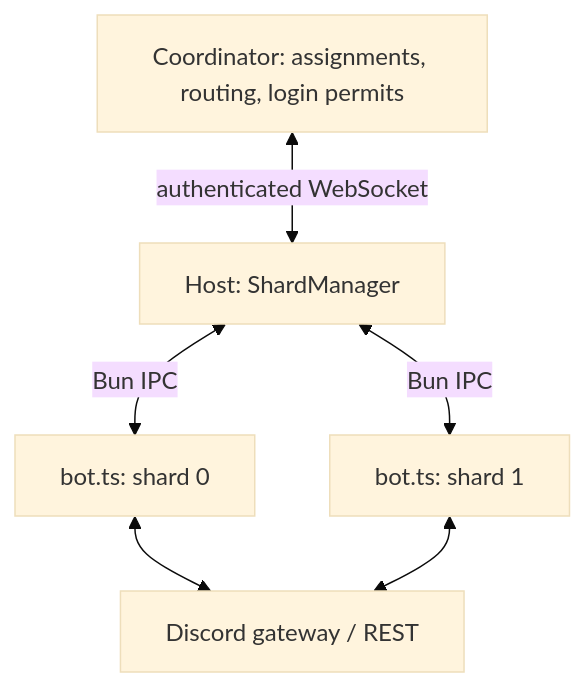
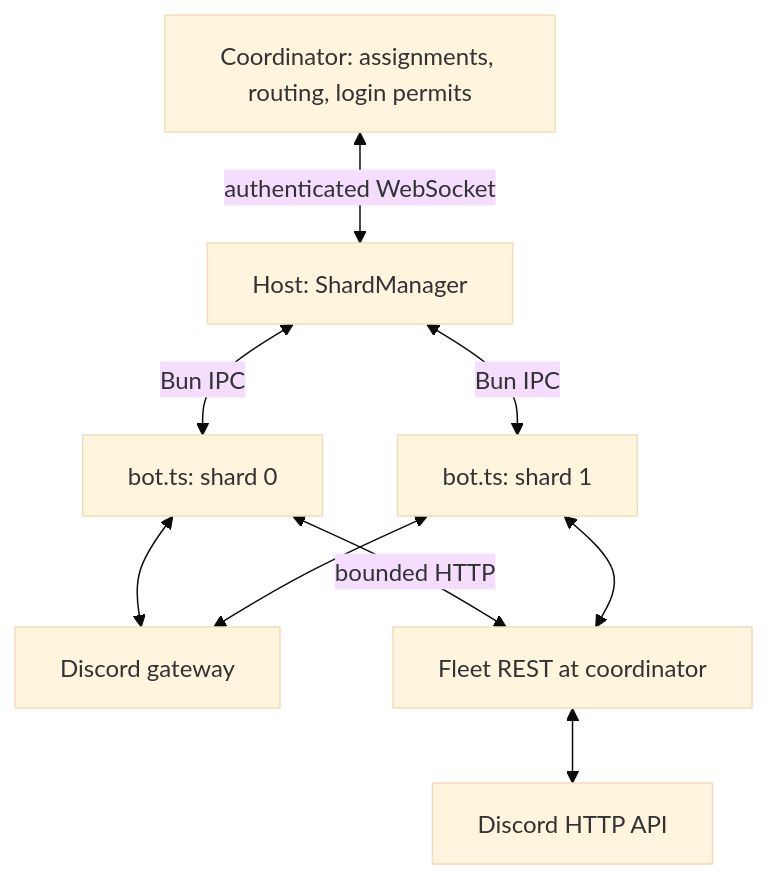
One commit to lilsnibbi/Virello changed the diagram in docs/sharding.md. Above: the diagram before and after it, drawn with Mermaid (base theme). The commit also changed other lines of this file and 56 other files, not shown here.

````diff
--- a/docs/sharding.md
+++ b/docs/sharding.md
@@ -7,9 +7,12 @@
 ```mermaid
 flowchart TD
     C["Coordinator: assignments, routing, login permits"]
     C <-->|authenticated WebSocket| H["Host: ShardManager"]
     H <-->|Bun IPC| S0["bot.ts: shard 0"]
     H <-->|Bun IPC| S1["bot.ts: shard 1"]
-    S0 <--> D["Discord gateway / REST"]
+    S0 <--> D["Discord gateway"]
     S1 <--> D
+    S0 <-->|bounded HTTP| R["Fleet REST at coordinator"]
+    S1 <--> R
+    R <--> A["Discord HTTP API"]
 ```
````
